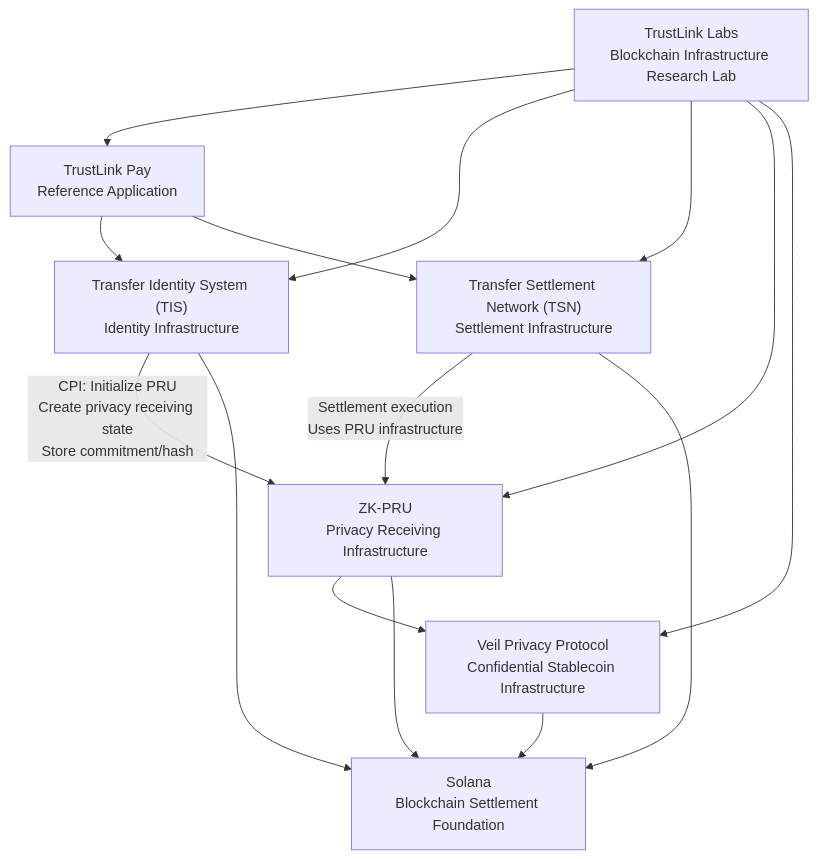
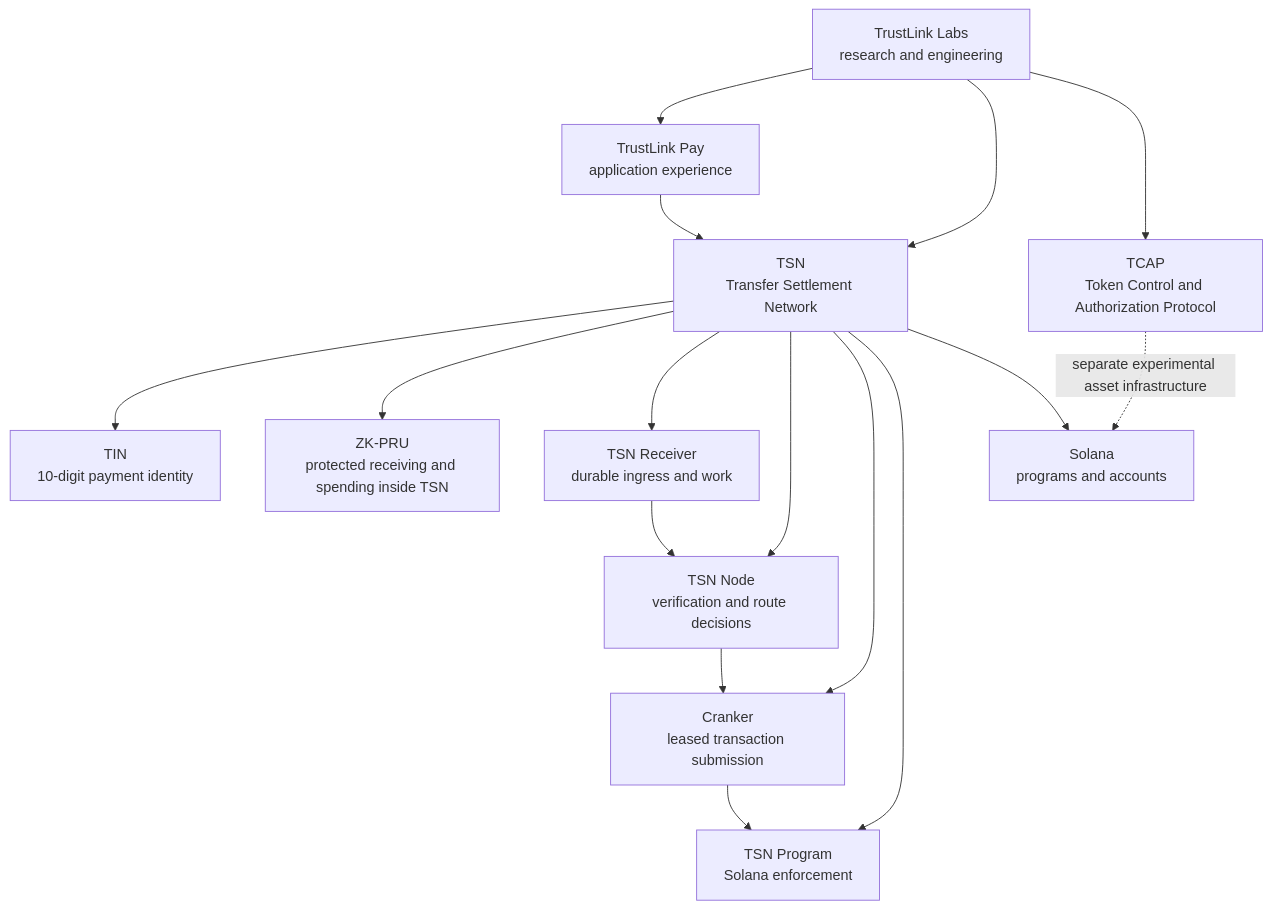
One commit to Trustlink-Labs/.github changed the first of 2 diagrams in profile/README.md. Above: the diagram before and after it, drawn with Mermaid. The commit also changed other lines of this file, not shown here.

First line of the commit message:
Revise README for TrustLink Labs branding and focus

````diff
--- a/profile/README.md
+++ b/profile/README.md
@@ -25,39 +11,27 @@
-``` mermaid
-flowchart TB
-
-    LAB["TrustLink Labs<br/>Blockchain Infrastructure Research Lab"]
-
-    PAY["TrustLink Pay<br/>Reference Application"]
-
-    TIS["Transfer Identity System (TIS)<br/>Identity Infrastructure"]
-
-    TSN["Transfer Settlement Network (TSN)<br/>Settlement Infrastructure"]
-
-    ZK["ZK-PRU<br/>Privacy Receiving Infrastructure"]
-
-    VEIL["Veil Privacy Protocol<br/>Confidential Stablecoin Infrastructure"]
-
-    SOL["Solana<br/>Blockchain Settlement Foundation"]
-
-
-    LAB --> PAY
-    LAB --> TIS
-    LAB --> TSN
-    LAB --> ZK
-    LAB --> VEIL
-
-
-    PAY --> TIS
-    PAY --> TSN
-
-    TIS -->|"CPI: Initialize PRU<br/>Create privacy receiving state<br/>Store commitment/hash"| ZK
-
-    TSN -->|"Settlement execution<br/>Uses PRU infrastructure"| ZK
-
-    ZK --> VEIL
-
-    TIS --> SOL
-    TSN --> SOL
-    ZK --> SOL
-    VEIL --> SOL
+```mermaid
+flowchart TD
+  LAB[TrustLink Labs<br/>research and engineering]
+  PAY[TrustLink Pay<br/>application experience]
+  TSN[TSN<br/>Transfer Settlement Network]
+  TIN[TIN<br/>10-digit payment identity]
+  ZK[ZK-PRU<br/>protected receiving and spending inside TSN]
+  R[TSN Receiver<br/>durable ingress and work]
+  N[TSN Node<br/>verification and route decisions]
+  C[Cranker<br/>leased transaction submission]
+  P[TSN Program<br/>Solana enforcement]
+  TCAP[TCAP<br/>Token Control and Authorization Protocol]
+  SOL[Solana<br/>programs and accounts]
+  LAB --> PAY
+  LAB --> TSN
+  LAB --> TCAP
+  PAY --> TSN
+  TSN --> TIN
+  TSN --> ZK
+  TSN --> R
+  TSN --> N
+  TSN --> C
+  TSN --> P
+  R --> N --> C --> P
+  TCAP -. separate experimental asset infrastructure .-> SOL
+  TSN --> SOL
 ```
````
